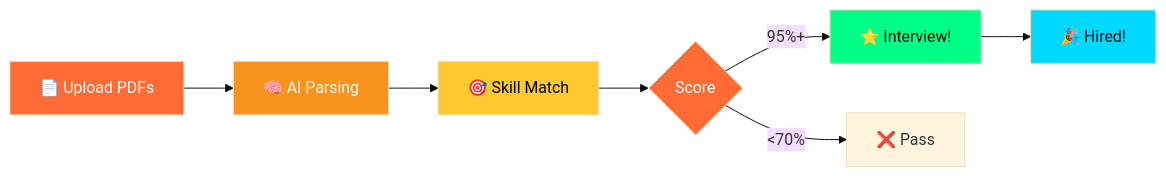
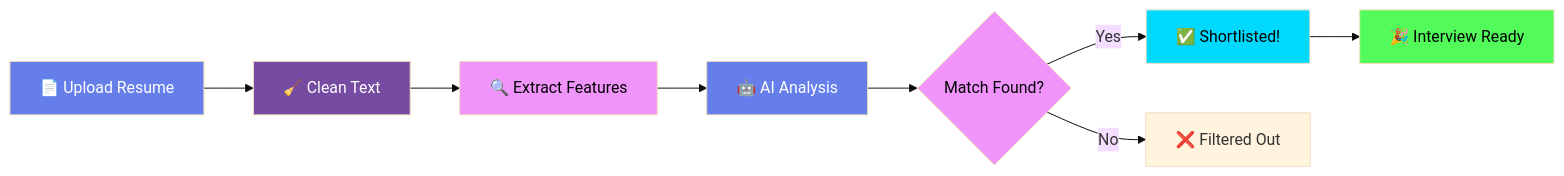
One commit to alam025/resume-screening-ai changed the first of 2 diagrams in README.md. Above: the diagram before and after it, drawn with Mermaid (base theme). The commit also changed other lines of this file, not shown here.

````diff
--- a/README.md
+++ b/README.md
@@ -71,16 +61,18 @@
 ```mermaid
 graph LR
-    A[📄 Upload PDFs] --> B[🧠 AI Parsing]
-    B --> C[🎯 Skill Match]
-    C --> D{Score}
-    D -->|95%+| E[⭐ Interview!]
-    D -->|<70%| F[❌ Pass]
-    E --> G[🎉 Hired!]
+    A[📄 Upload Resume] --> B[🧹 Clean Text]
+    B --> C[🔍 Extract Features]
+    C --> D[🤖 AI Analysis]
+    D --> E{Match Found?}
+    E -->|Yes| F[✅ Shortlisted!]
+    E -->|No| G[❌ Filtered Out]
+    F --> H[🎉 Interview Ready]
     
-    style A fill:#FF6B35,color:#fff
-    style B fill:#F7931E,color:#fff
-    style C fill:#FDC830,color:#000
-    style D fill:#FF6B35,color:#fff
-    style E fill:#00FF87,color:#000
-    style G fill:#00D9FF,color:#000
+    style A fill:#667eea,color:#fff
+    style B fill:#764ba2,color:#fff
+    style C fill:#f093fb,color:#000
+    style D fill:#667eea,color:#fff
+    style E fill:#f093fb,color:#000
+    style F fill:#00D9FF,color:#000
+    style H fill:#52fa5a,color:#000
 ```
````
